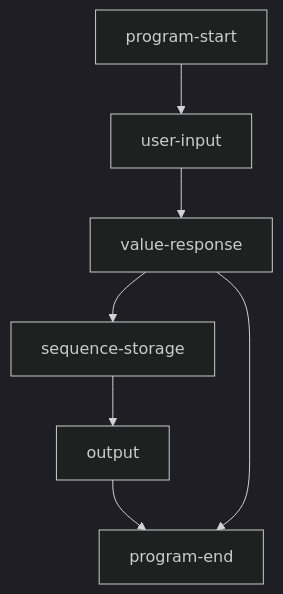
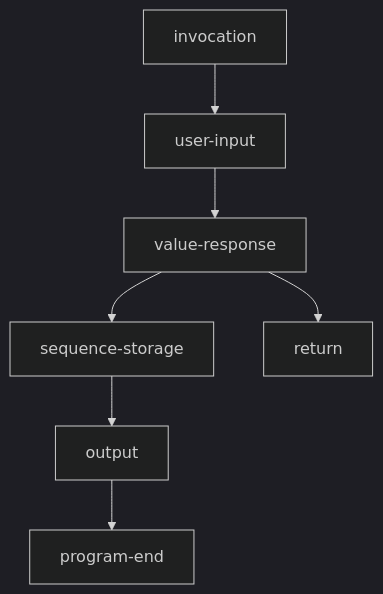
The diagram in obsidian docs/redesign - The game's requirements/input-sequence/standard.md (OdedYanovich/Tinkering), drawn with Mermaid (dark theme) before and after one commit. The commit also changed other lines of this file and 4 other files, not shown here.

````diff
--- a/obsidian docs/redesign - The game's requirements/input-sequence/standard.md
+++ b/obsidian docs/redesign - The game's requirements/input-sequence/standard.md
@@ -3,5 +3,5 @@
 ```mermaid
 flowchart TD 
-	program-start --> user-input --> value-response --> sequence-storage --> output --> program-end 
-	value-response --> program-end
+	invocation --> user-input --> value-response --> sequence-storage --> output --> program-end 
+	value-response --> return
 ``` 
````
